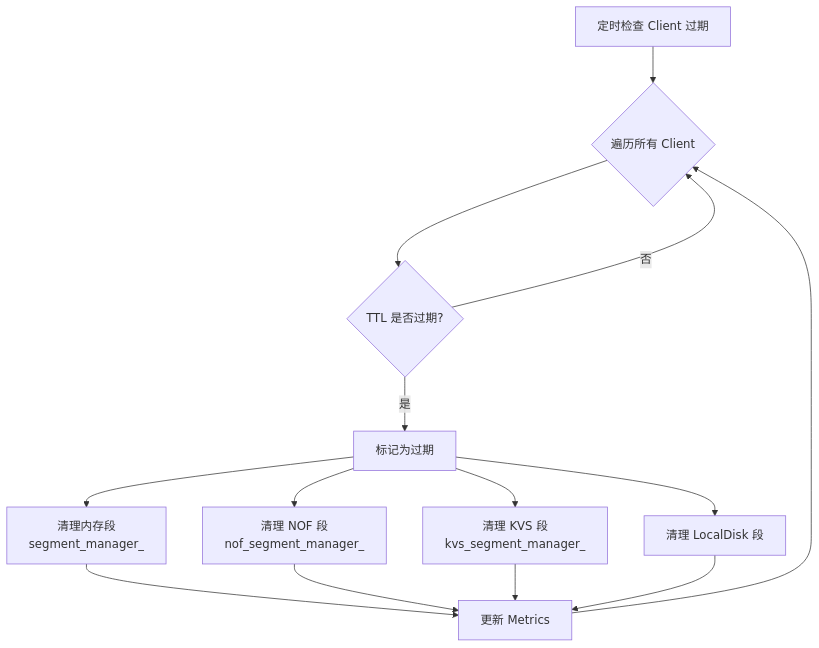
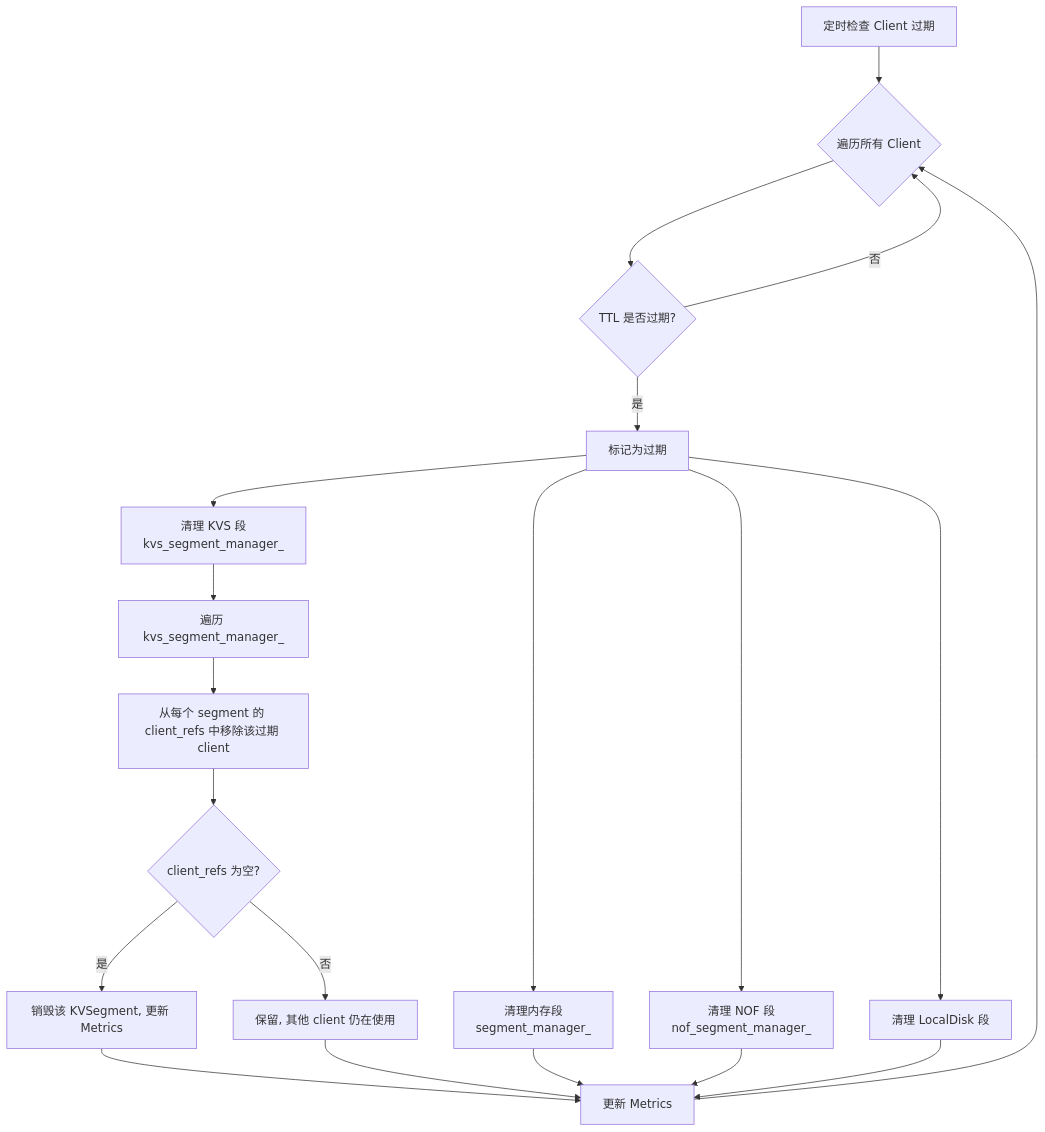
The ninth of 10 diagrams in mooncake-store/docs/KVUSegment_design.md (yz53665/Mooncake), drawn with Mermaid before and after one commit. The commit also changed other lines of this file, not shown here.

````diff
--- a/mooncake-store/docs/KVUSegment_design.md
+++ b/mooncake-store/docs/KVUSegment_design.md
@@ -406,18 +436,26 @@
 ```mermaid
 flowchart TD
     A[定时检查 Client 过期] --> B{遍历所有 Client}
     B --> C{TTL 是否过期?}
     C -->|否| B
     C -->|是| D[标记为过期]
 
     D --> E[清理内存段<br/>segment_manager_]
     D --> G[清理 NOF 段<br/>nof_segment_manager_]
+
     D --> I[清理 KVS 段<br/>kvs_segment_manager_]
+    I --> I1[遍历 kvs_segment_manager_]
+    I1 --> I2[从每个 segment 的 client_refs 中移除该过期 client]
+    I2 --> I3{client_refs 为空?}
+    I3 -->|是| I4[销毁该 KVSegment, 更新 Metrics]
+    I3 -->|否| I5[保留, 其他 client 仍在使用]
+    I4 --> L
+    I5 --> L
+
     D --> K[清理 LocalDisk 段]
 
     E --> L[更新 Metrics]
     G --> L
-    I --> L
     K --> L
     L --> B
 ```
````
